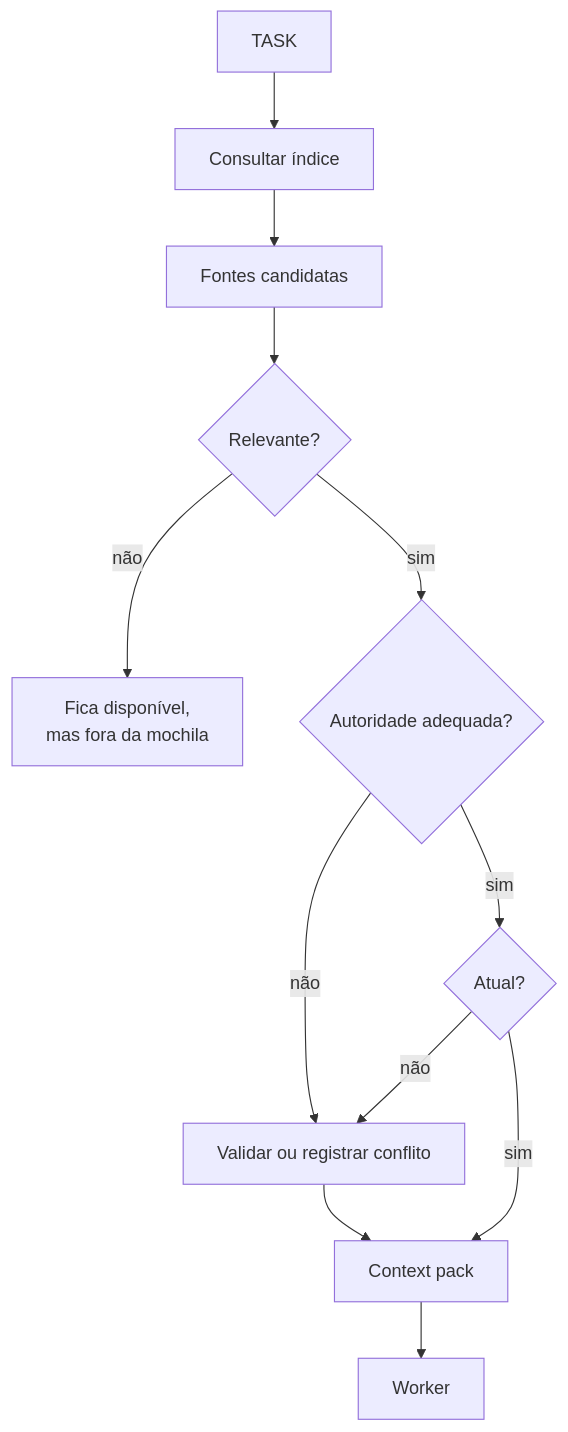
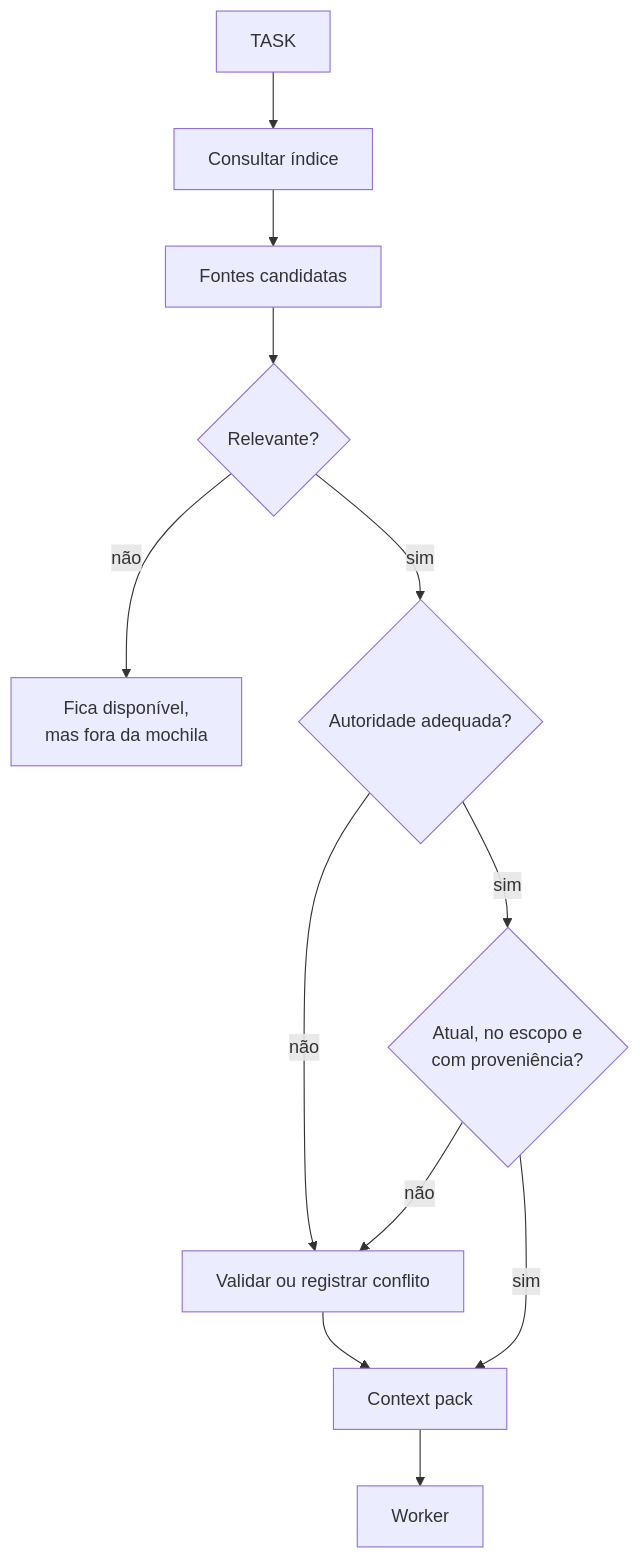
The first of 4 diagrams in docs/livro/04-engenharia-de-contexto.md (Erick-Marinho/do-zero-ao-agente), drawn with Mermaid before and after one commit. The commit also changed other lines of this file and 13 other files, not shown here.

````diff
--- a/docs/livro/04-engenharia-de-contexto.md
+++ b/docs/livro/04-engenharia-de-contexto.md
@@ -13,14 +13,14 @@
 ```mermaid
 flowchart TD
     T[TASK] --> I[Consultar índice]
     I --> C[Fontes candidatas]
     C --> R{Relevante?}
     R -->|não| O[Fica disponível,<br/>mas fora da mochila]
     R -->|sim| A{Autoridade adequada?}
     A -->|não| V[Validar ou registrar conflito]
-    A -->|sim| F{Atual?}
+    A -->|sim| F{Atual, no escopo e<br/>com proveniência?}
     F -->|não| V
     F -->|sim| P[Context pack]
     V --> P
     P --> W[Worker]
 ```
````
